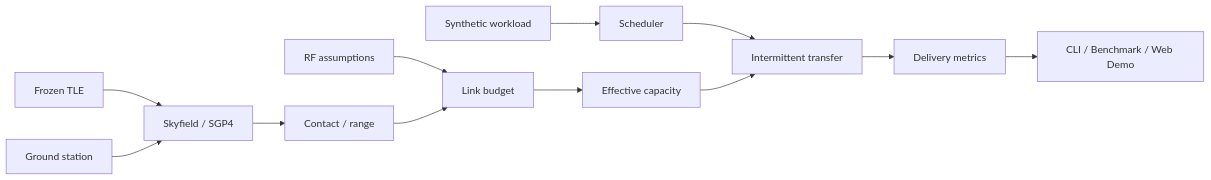
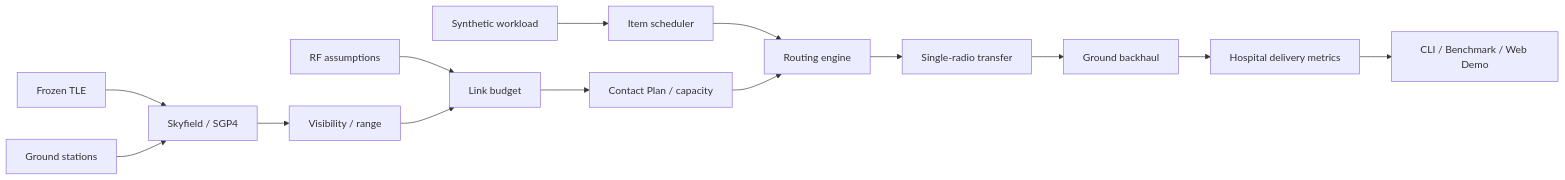
One commit to dev-yoshitani/medlink-leo changed the diagram in README.md. Above: the diagram before and after it, drawn with Mermaid. The commit also changed other lines of this file and 23 other files, not shown here.

````diff
--- a/README.md
+++ b/README.md
@@ -55,15 +61,17 @@
 ```mermaid
 flowchart LR
     TLE[Frozen TLE] --> SGP4[Skyfield / SGP4]
-    GS[Ground station] --> SGP4
-    SGP4 --> Contact[Contact / range]
+    GS[Ground stations] --> SGP4
+    SGP4 --> Contact[Visibility / range]
     RF[RF assumptions] --> Link[Link budget]
     Contact --> Link
-    Link --> Capacity[Effective capacity]
+    Link --> Plan[Contact Plan / capacity]
 
-    Workload[Synthetic workload] --> Scheduler[Scheduler]
-    Scheduler --> Transfer[Intermittent transfer]
-    Capacity --> Transfer
-    Transfer --> Metrics[Delivery metrics]
+    Data[Synthetic workload] --> Scheduler[Item scheduler]
+    Scheduler --> Router[Routing engine]
+    Plan --> Router
+    Router --> Radio[Single-radio transfer]
+    Radio --> Backhaul[Ground backhaul]
+    Backhaul --> Metrics[Hospital delivery metrics]
     Metrics --> Outputs[CLI / Benchmark / Web Demo]
 ```
````
